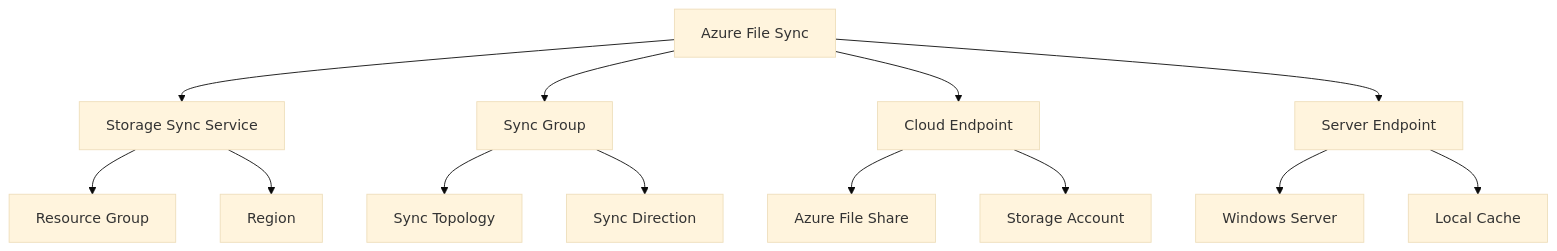
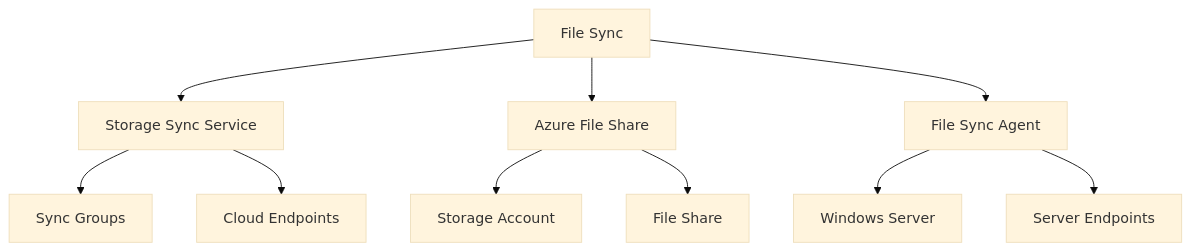
The first of 16 diagrams in src/azure/az-104/File_Sync.md (saravanakumarrc/Architecture_Journey), drawn with Mermaid (base theme) before and after one commit. The commit also changed other lines of this file and 9 other files, not shown here.

Commit message:
Add comprehensive documentation for Azure services including Metric Charts, Azure Stack, Cloud-Init, Recovery Services Vault, Traffic Manager, and VNet Gateway with detailed diagrams and best practices.

````diff
--- a/src/azure/az-104/File_Sync.md
+++ b/src/azure/az-104/File_Sync.md
@@ -10,19 +11,15 @@
 ```mermaid
 graph TB
-    A[Azure File Sync] --> B[Storage Sync Service]
-    A --> C[Sync Group]
-    A --> D[Cloud Endpoint]
-    A --> E[Server Endpoint]
+    A[File Sync] --> B[Storage Sync Service]
+    A --> C[Azure File Share]
+    A --> D[File Sync Agent]
     
-    B --> B1[Resource Group]
-    B --> B2[Region]
+    B --> B1[Sync Groups]
+    B --> B2[Cloud Endpoints]
     
-    C --> C1[Sync Topology]
-    C --> C2[Sync Direction]
+    C --> C1[Storage Account]
+    C --> C2[File Share]
     
-    D --> D1[Azure File Share]
-    D --> D2[Storage Account]
-    
-    E --> E1[Windows Server]
-    E --> E2[Local Cache]
+    D --> D1[Windows Server]
+    D --> D2[Server Endpoints]
 ```
````
